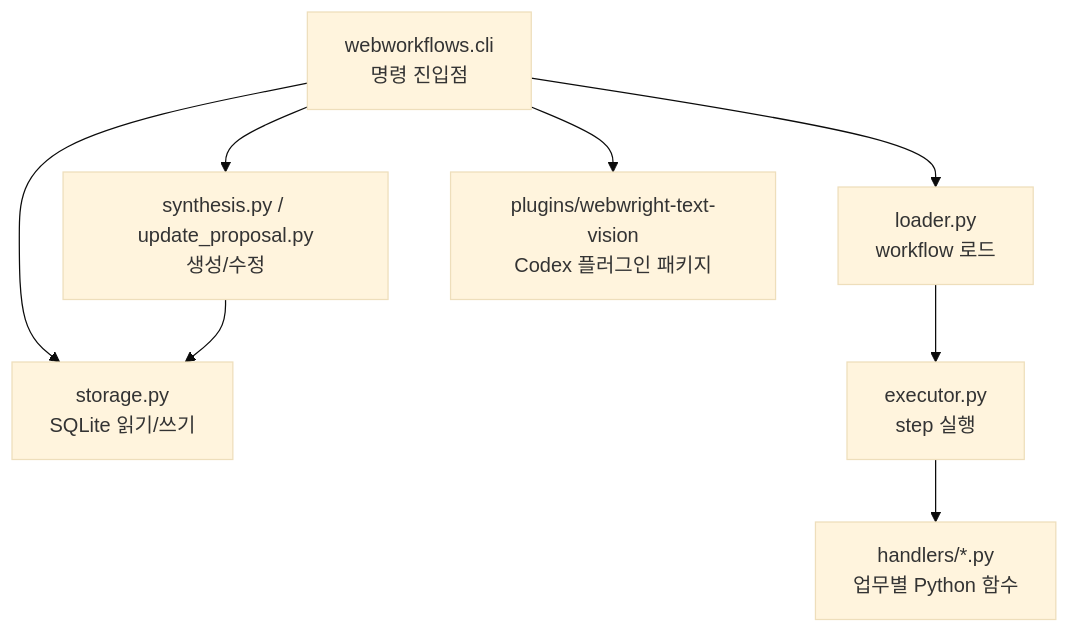
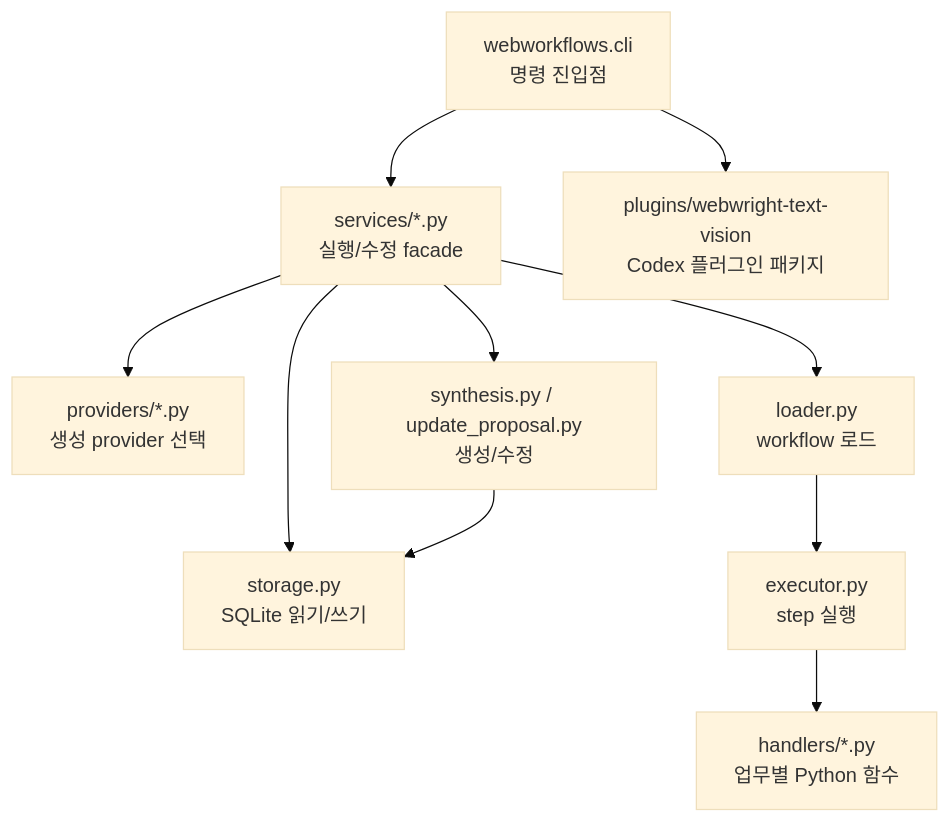
Before and after one commit to minguk-jang/spica_at_home: the first of 2 diagrams in webmcp/core/README.md, drawn with Mermaid (base theme). The commit also changed other lines of this file and 23 other files, not shown here.

````diff
--- a/webmcp/core/README.md
+++ b/webmcp/core/README.md
@@ -10,18 +10,22 @@
 ```mermaid
 flowchart TB
   CLI["webworkflows.cli<br/>명령 진입점"]
+  Services["services/*.py<br/>실행/수정 facade"]
+  Providers["providers/*.py<br/>생성 provider 선택"]
   Store["storage.py<br/>SQLite 읽기/쓰기"]
   Loader["loader.py<br/>workflow 로드"]
   Executor["executor.py<br/>step 실행"]
   Handlers["handlers/*.py<br/>업무별 Python 함수"]
   Synthesis["synthesis.py / update_proposal.py<br/>생성/수정"]
   Plugin["plugins/webwright-text-vision<br/>Codex 플러그인 패키지"]
 
-  CLI --> Store
-  CLI --> Loader
+  CLI --> Services
+  Services --> Store
+  Services --> Loader
   Loader --> Executor
   Executor --> Handlers
-  CLI --> Synthesis
+  Services --> Synthesis
+  Services --> Providers
   Synthesis --> Store
   CLI --> Plugin
 ```
````
